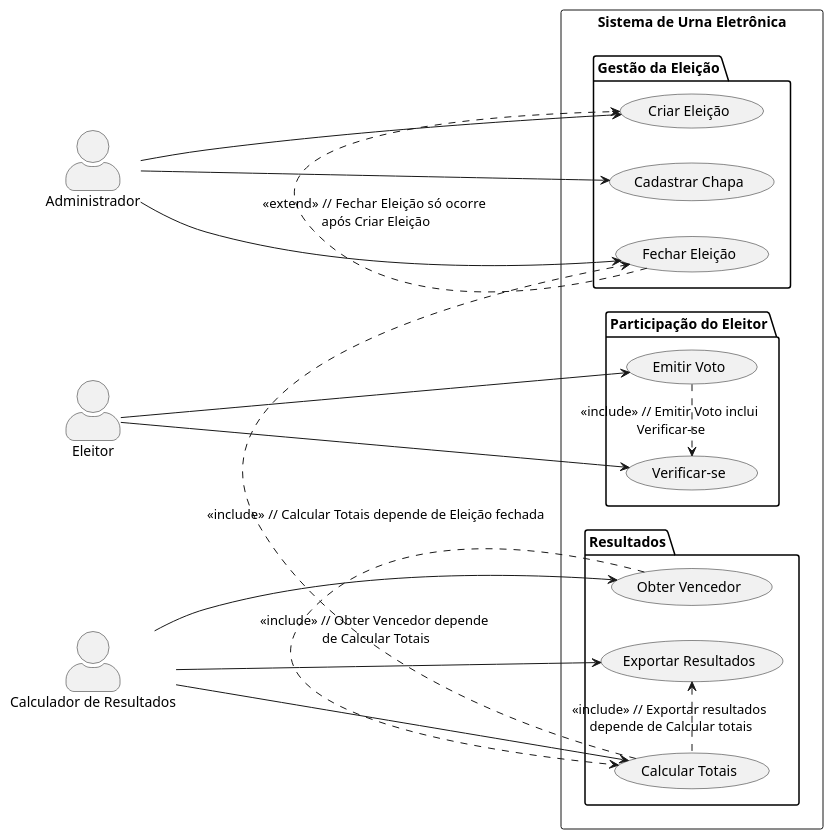
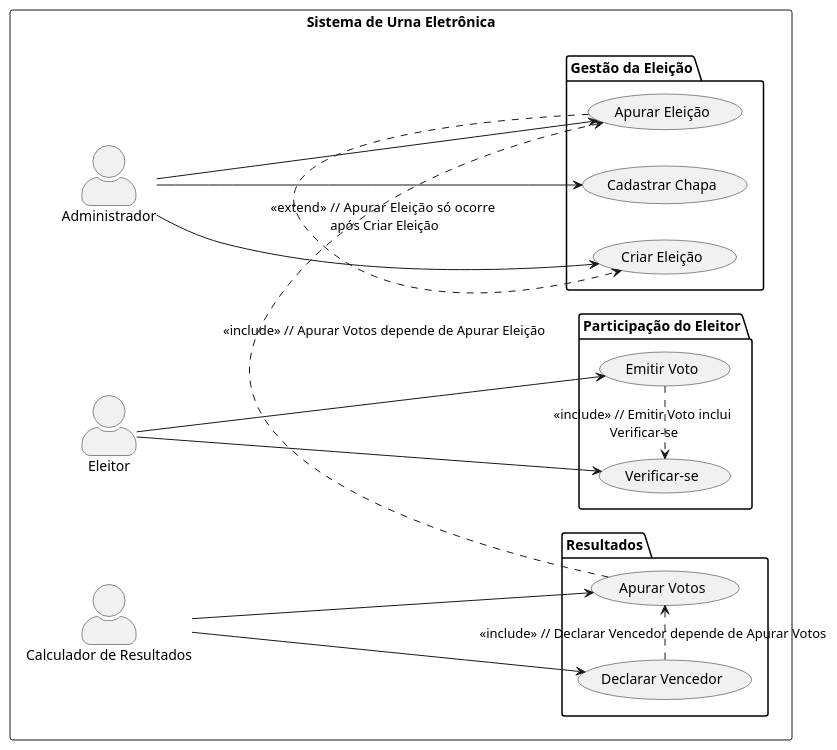
One commit to Bields190/Urna changed the diagram in UML/UML_DCU.puml. Above: the diagram before and after it, drawn with PlantUML. The commit also changed 1 other file, not shown here.

Commit message:
Modificação do Diagrama de Casos de Uso e README

```diff
--- a/UML/UML_DCU.puml
+++ b/UML/UML_DCU.puml
@@ -1,49 +1,42 @@
 @startuml SISTEMA DE URNA ELETRONICA
 skinparam actorstyle awesome
 
 left to right direction
 
-actor "Administrador" as admin
-actor "Eleitor" as eleitor
-actor "Calculador de Resultados" as calc
+rectangle "Sistema de Urna Eletrônica" {
+  actor "Administrador" as admin
+  actor "Eleitor" as eleitor
+  actor "Calculador de Resultados" as calc
 
-rectangle "Sistema de Urna Eletrônica" {
-  
   package "Gestão da Eleição" {
     (Criar Eleição) as CE
-    (Fechar Eleição) as FE
+    (Apurar Eleição) as AE
     (Cadastrar Chapa) as CC
   }
 
   package "Participação do Eleitor" {
     (Verificar-se) as VER
     (Emitir Voto) as EV
   }
 
   package "Resultados" {
-    (Calcular Totais) as CT
-    (Obter Vencedor) as OV
-    (Exportar Resultados) as ER
+    (Apurar Votos) as AV
+    (Declarar Vencedor) as DV
   }
+  '--- Relações de atores
+  admin --> CE
+  admin --> AE
+  admin --> CC
+
+  eleitor --> VER
+  eleitor --> EV
+
+  calc --> AV
+  calc --> DV
+  '--- Relações de dependência
+  EV .> VER : <<include>> // Emitir Voto inclui \nVerificar-se
+  AE .> CE : <<extend>>  // Apurar Eleição só ocorre \napós Criar Eleição
+  AV .> AE : <<include>> // Apurar Votos depende de Apurar Eleição
+  DV .> AV : <<include>> // Declarar Vencedor depende de Apurar Votos
 }
-
-'--- Relações de atores
-admin --> CE
-admin --> FE
-admin --> CC
-
-eleitor --> VER
-eleitor --> EV
-
-calc --> CT
-calc --> OV
-calc --> ER
-
-'--- Relações de dependência
-EV .> VER : <<include>> // Emitir Voto inclui \nVerificar-se
-FE .> CE : <<extend>>  // Fechar Eleição só ocorre \napós Criar Eleição
-CT .> FE : <<include>> // Calcular Totais depende de Eleição fechada
-OV .> CT : <<include>> // Obter Vencedor depende \nde Calcular Totais
-ER <. CT : <<include>> // Exportar resultados \ndepende de Calcular totais
-
 @enduml
```
